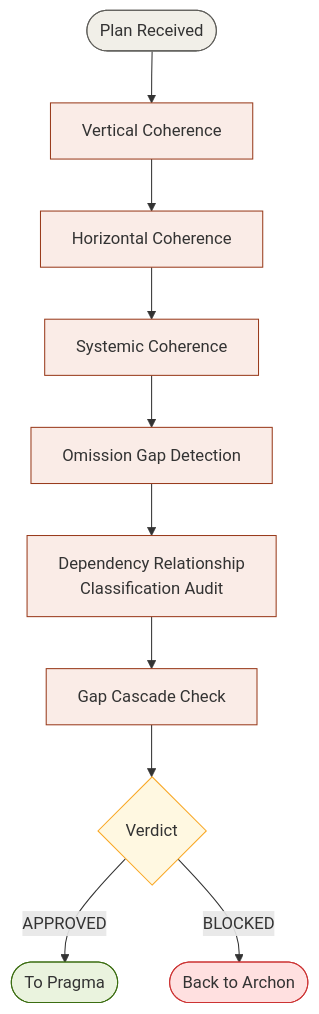
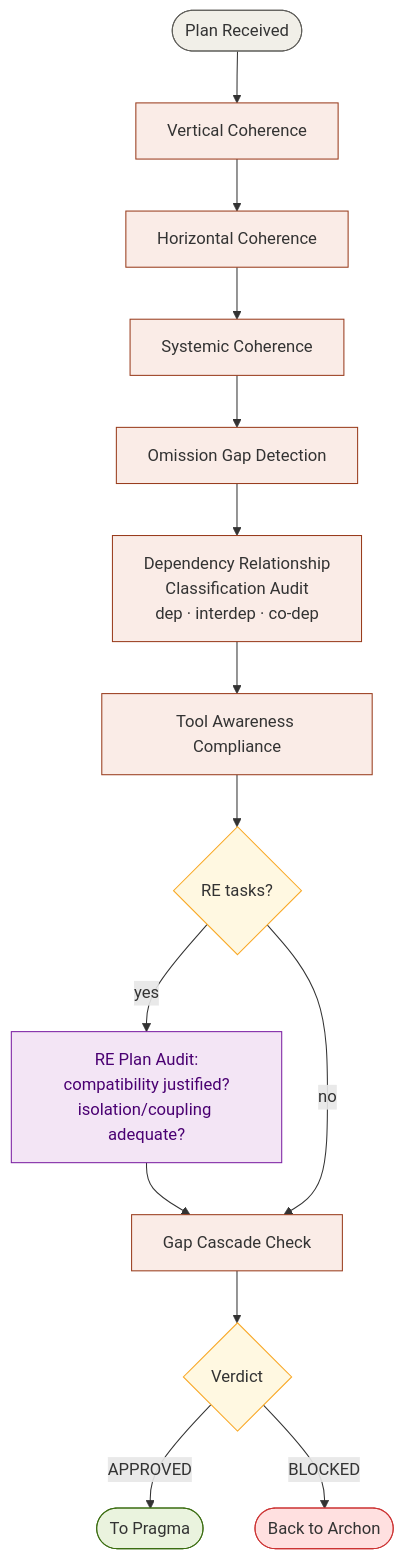
Before and after one commit to ancrz/pipeline-agentic: the third of 7 diagrams in claude/README.md, drawn with Mermaid. The commit also changed other lines of this file, not shown here.

First line of the commit message:
docs(readme): add RE flow and ontological tests to Mermaid diagrams

````diff
--- a/claude/README.md
+++ b/claude/README.md
@@ -140,23 +152,30 @@
 ```mermaid
 flowchart TD
     P([Plan Received]) --> VC[Vertical Coherence]
     VC --> HC[Horizontal Coherence]
     HC --> SC[Systemic Coherence]
     SC --> OGD[Omission Gap Detection]
-    OGD --> DRA[Dependency Relationship<br/>Classification Audit]
-    DRA --> GCC[Gap Cascade Check]
+    OGD --> DRA[Dependency Relationship<br/>Classification Audit<br/>dep · interdep · co-dep]
+    DRA --> TAC[Tool Awareness Compliance]
+    TAC --> REA{RE tasks?}
+    REA -->|yes| REP[RE Plan Audit:<br/>compatibility justified?<br/>isolation/coupling adequate?]
+    REP --> GCC[Gap Cascade Check]
+    REA -->|no| GCC
     GCC --> V{Verdict}
     V -->|APPROVED| APR([To Pragma])
     V -->|BLOCKED| BLK([Back to Archon])
 
     style P fill:#F1EFE8,stroke:#5F5E5A
     style VC fill:#FAECE7,stroke:#993C1D
     style HC fill:#FAECE7,stroke:#993C1D
     style SC fill:#FAECE7,stroke:#993C1D
     style OGD fill:#FAECE7,stroke:#993C1D
     style DRA fill:#FAECE7,stroke:#993C1D
+    style TAC fill:#FAECE7,stroke:#993C1D
+    style REA fill:#FFF8E1,stroke:#F9A825
+    style REP fill:#F3E5F5,stroke:#7B1FA2,color:#4A0072
     style GCC fill:#FAECE7,stroke:#993C1D
     style V fill:#FFF8E1,stroke:#F9A825
     style APR fill:#EAF3DE,stroke:#3B6D11
     style BLK fill:#FFE0E0,stroke:#CC3333
 ```
````
